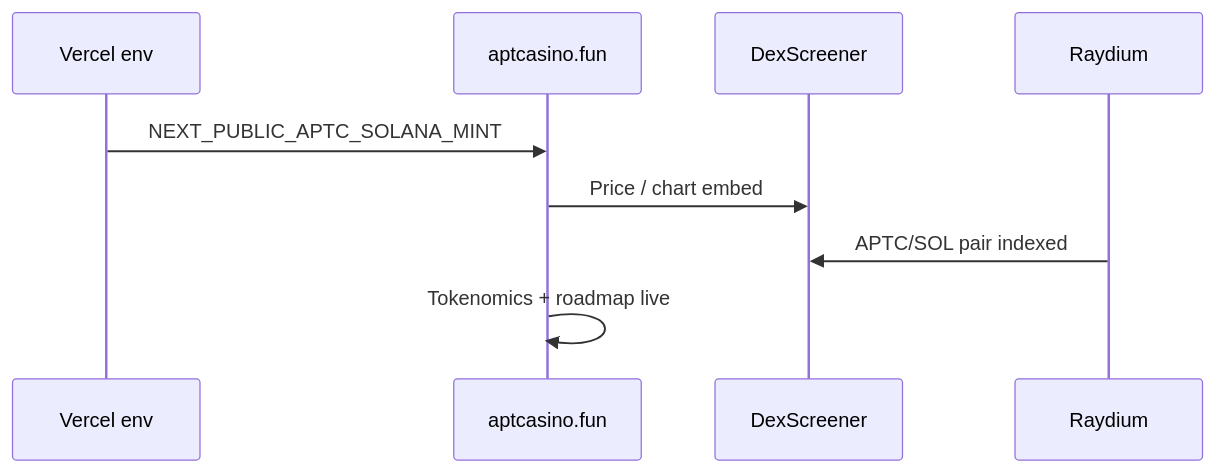
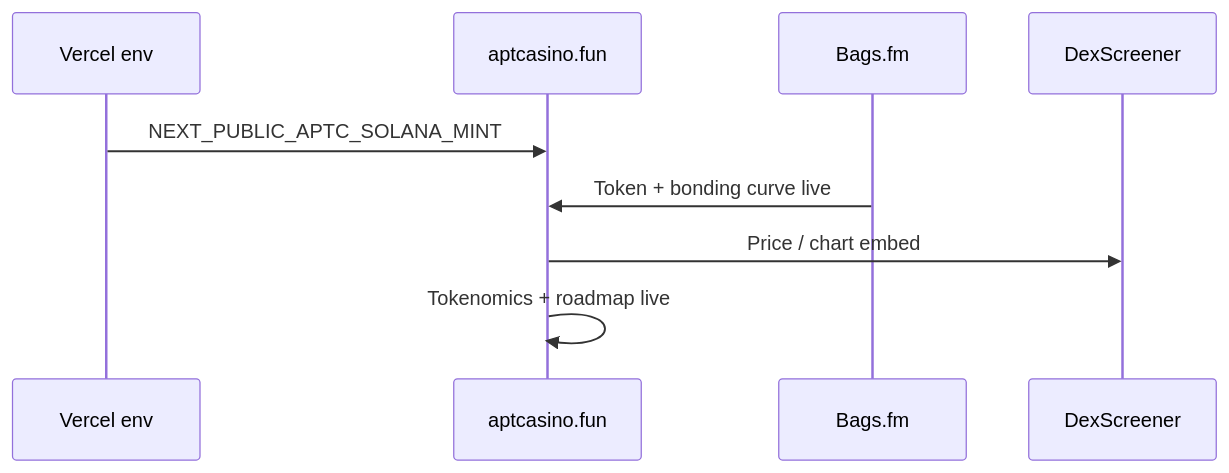
One commit to AmaanSayyad/apt-casino changed the first of 4 diagrams in mainnet.md. Above: the diagram before and after it, drawn with Mermaid. The commit also changed other lines of this file and 34 other files, not shown here.

First line of the commit message:
Migrate APTC launch docs and UI to Bags.fm with live analytics widget.

````diff
--- a/mainnet.md
+++ b/mainnet.md
@@ -21,12 +21,12 @@
 ```mermaid
 sequenceDiagram
     participant Env as Vercel env
     participant Site as aptcasino.fun
+    participant B as Bags.fm
     participant DS as DexScreener
-    participant R as Raydium
 
     Env->>Site: NEXT_PUBLIC_APTC_SOLANA_MINT
+    B->>Site: Token + bonding curve live
     Site->>DS: Price / chart embed
-    R->>DS: APTC/SOL pair indexed
     Site->>Site: Tokenomics + roadmap live
 ```
````
